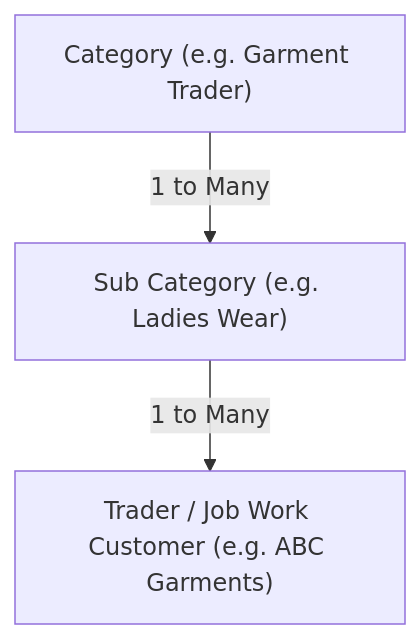
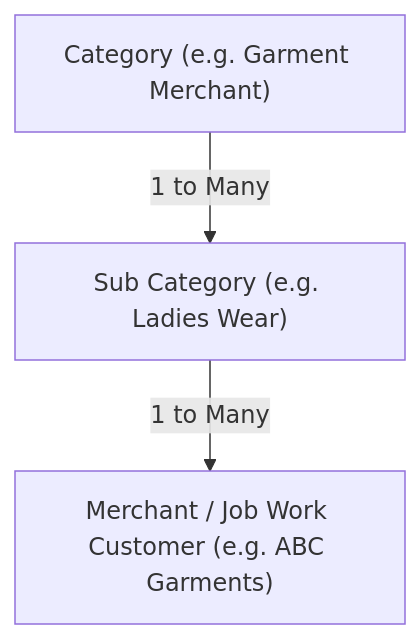
Before and after one commit to textileflow/Backend: the diagram in README.md, drawn with Mermaid. The commit also changed other lines of this file and 14 other files, not shown here.

````diff
--- a/README.md
+++ b/README.md
@@ -131,5 +131,5 @@
 ```mermaid
 graph TD
-    A["Category (e.g. Garment Trader)"] -->|"1 to Many"| B["Sub Category (e.g. Ladies Wear)"]
-    B -->|"1 to Many"| C["Trader / Job Work Customer (e.g. ABC Garments)"]
+    A["Category (e.g. Garment Merchant)"] -->|"1 to Many"| B["Sub Category (e.g. Ladies Wear)"]
+    B -->|"1 to Many"| C["Merchant / Job Work Customer (e.g. ABC Garments)"]
 ```
````
